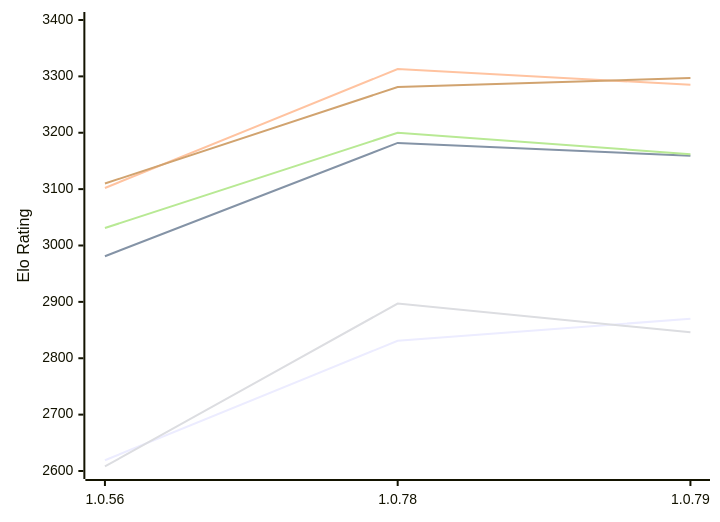
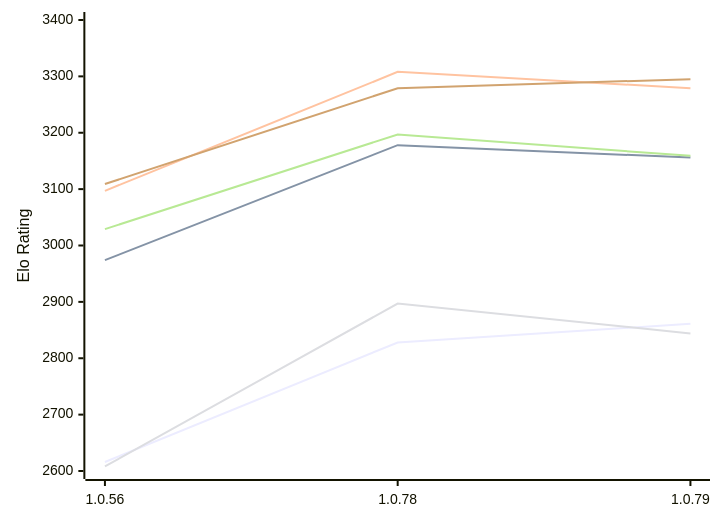
The first of 2 diagrams in engines/RustyRival.md (computer-chess-index/cci), drawn with Mermaid before and after one commit. The commit also changed other lines of this file, not shown here.

Commit message:
Update CCI Ratings (ELO VLTC) - 2026-11-26

````diff
--- a/engines/RustyRival.md
+++ b/engines/RustyRival.md
@@ -65,12 +65,12 @@
 ```mermaid
 %%{init: {"theme":"base","themeVariables":{"seriesColors:['#a3a3a3','#222221','#faa371']}}}%%
 xychart-beta
   x-axis ["1.0.56", "1.0.78", "1.0.79"]
   y-axis "Elo Rating" 2600 --> 3400
-  line "E1: STC (8.0+0.08s)" [2619, 2831, 2870]
-  line "E1: LTC (60.0+0.60s)" [2981, 3182, 3159]
-  line "E1: VLTC (2m24s+1.12s)" [3102, 3313, 3285]
-  line "P1: STC (8.0+0.08s)" [2608, 2897, 2846]
-  line "P1: LTC (60.0+0.60s)" [3031, 3200, 3162]
-  line "P1: VLTC (2m24s+1.12s)" [3110, 3281, 3297]
+  line "E1: STC (8.0+0.08s)" [2616, 2828, 2861]
+  line "E1: LTC (60.0+0.60s)" [2974, 3178, 3156]
+  line "E1: VLTC (2m24s+1.12s)" [3097, 3308, 3279]
+  line "P1: STC (8.0+0.08s)" [2608, 2897, 2844]
+  line "P1: LTC (60.0+0.60s)" [3029, 3197, 3159]
+  line "P1: VLTC (2m24s+1.12s)" [3109, 3279, 3295]
 ```
````
